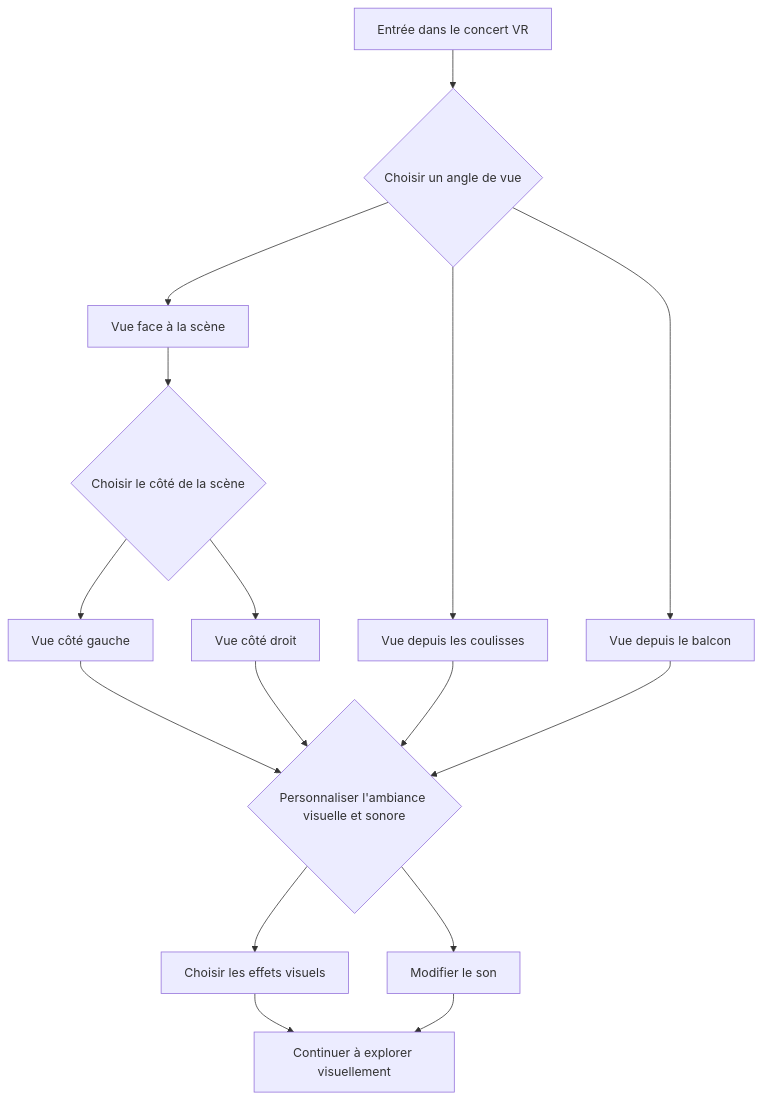
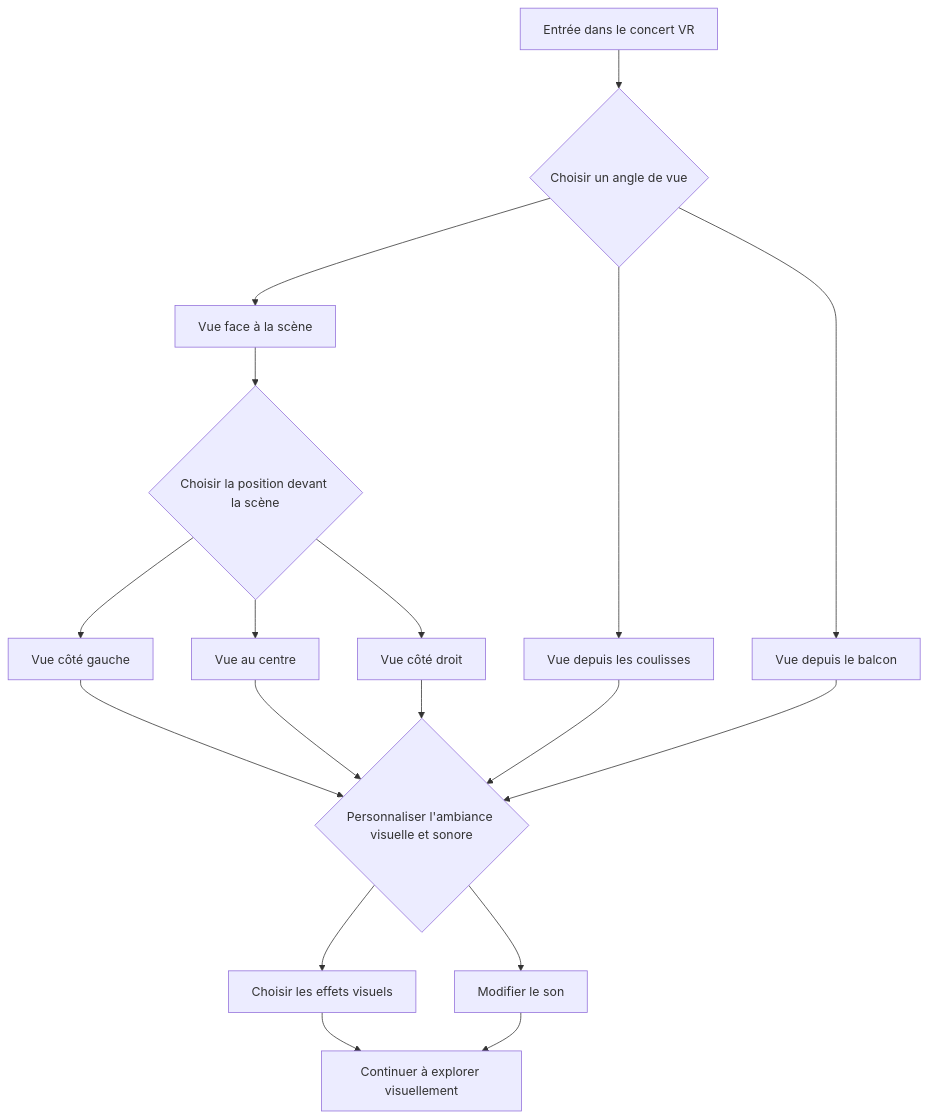
The first of 2 diagrams in README.md (OhhhVinny/scenarisation_projet), drawn with Mermaid before and after one commit.

Commit message:
schema modif

````diff
--- a/README.md
+++ b/README.md
@@ -26,19 +26,22 @@
 ```mermaid
 graph TD
     Start[Entrée dans le concert VR] --> Vue{Choisir un angle de vue}
     Vue --> VueScène[Vue face à la scène]
     Vue --> VueCoulisses[Vue depuis les coulisses]
     Vue --> VueBalcon[Vue depuis le balcon]
-    VueScène --> Cote{Choisir le côté de la scène}
-    Cote --> CoteGauche[Vue côté gauche]
-    Cote --> CoteDroit[Vue côté droit]
-    CoteGauche --> Ambiance{Personnaliser l'ambiance visuelle et sonore}
-    CoteDroit --> Ambiance
+    VueScène --> Position{Choisir la position devant la scène}
+    Position --> Gauche[Vue côté gauche]
+    Position --> Centre[Vue au centre]
+    Position --> Droite[Vue côté droit]
+    Gauche --> Ambiance{Personnaliser l'ambiance visuelle et sonore}
+    Centre --> Ambiance
+    Droite --> Ambiance
     VueCoulisses --> Ambiance
     VueBalcon --> Ambiance
     Ambiance --> EffetsVisuels[Choisir les effets visuels]
     Ambiance --> Son[Modifier le son]
     EffetsVisuels --> Exploration[Continuer à explorer visuellement]
     Son --> Exploration
 
+
 ```
````
